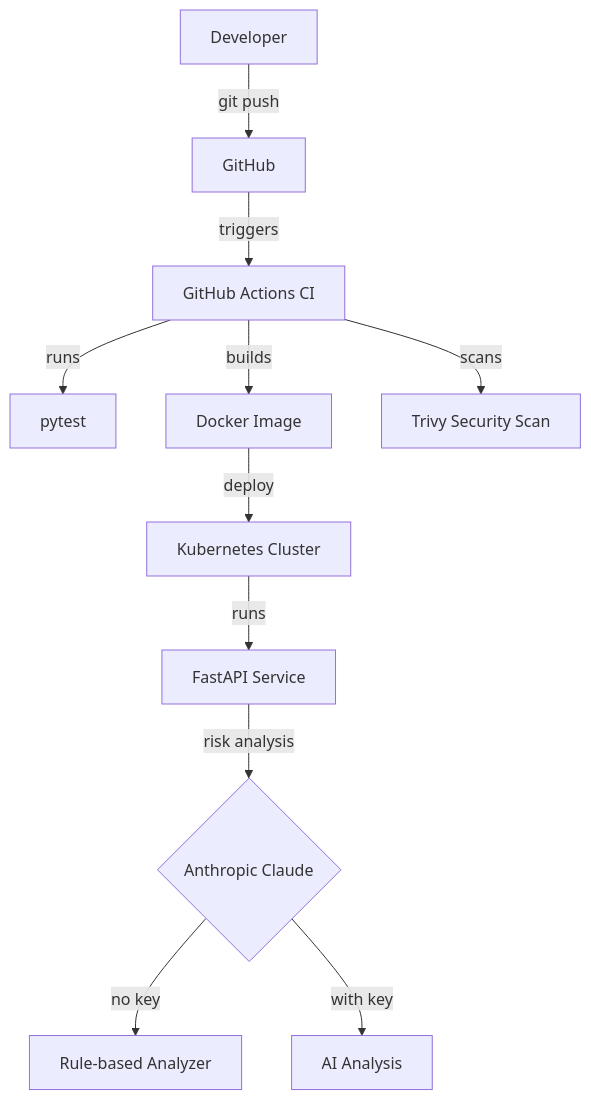
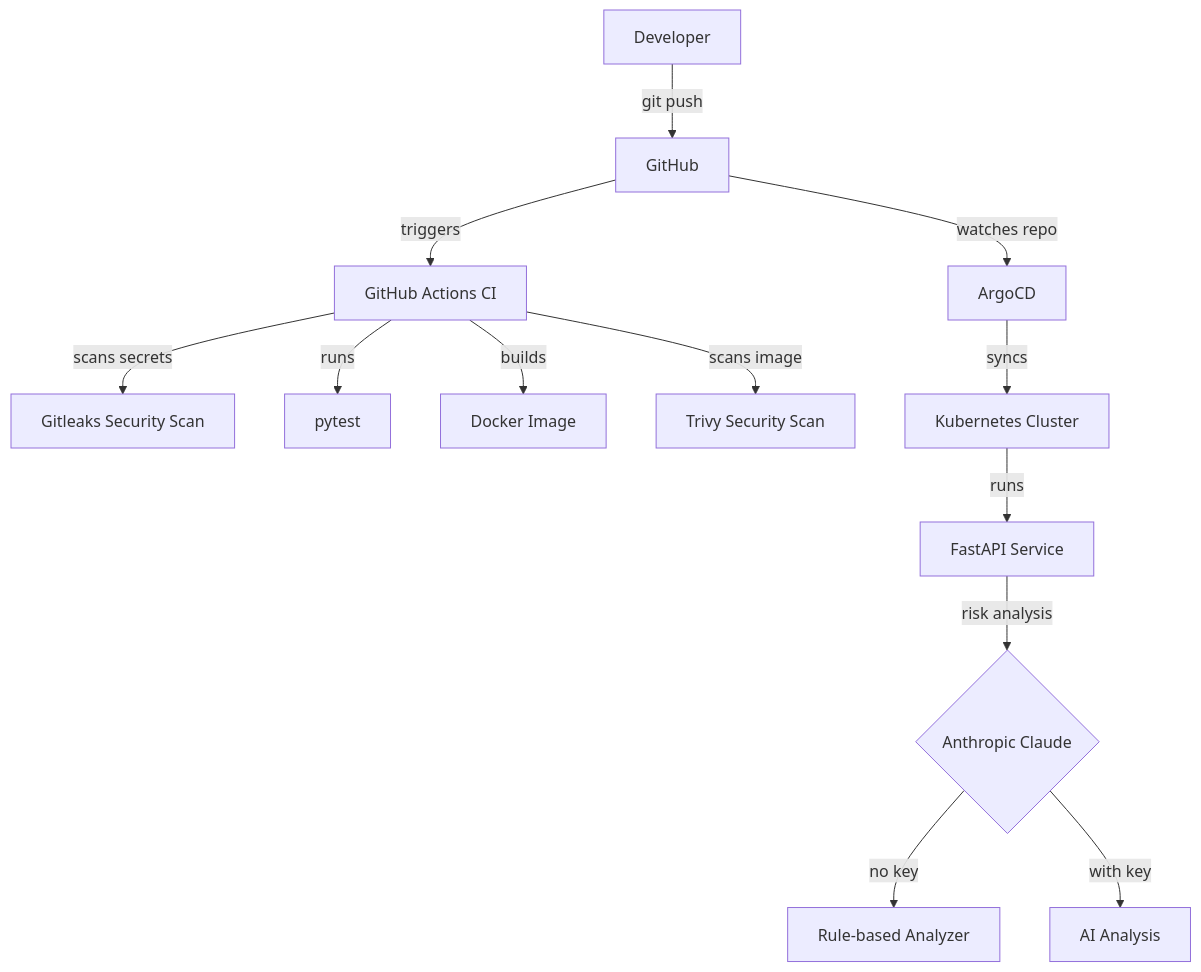
The diagram in README.md (gamzehelinaslan/ai-ops-platform), drawn with Mermaid before and after one commit. The commit also changed other lines of this file, not shown here.

````diff
--- a/README.md
+++ b/README.md
@@ -7,13 +7,15 @@
 ```mermaid
 graph TD
     Dev[Developer] -->|git push| GH[GitHub]
     GH -->|triggers| CI[GitHub Actions CI]
+    CI -->|scans secrets| Gitleaks[Gitleaks Security Scan]
     CI -->|runs| Tests[pytest]
     CI -->|builds| Docker[Docker Image]
-    CI -->|scans| Trivy[Trivy Security Scan]
-    Docker -->|deploy| K8s[Kubernetes Cluster]
+    CI -->|scans image| Trivy[Trivy Security Scan]
+    GH -->|watches repo| ArgoCD[ArgoCD]
+    ArgoCD -->|syncs| K8s[Kubernetes Cluster]
     K8s -->|runs| API[FastAPI Service]
     API -->|risk analysis| AI{Anthropic Claude}
     AI -->|no key| Mock[Rule-based Analyzer]
     AI -->|with key| Claude[AI Analysis]
 ```
````
